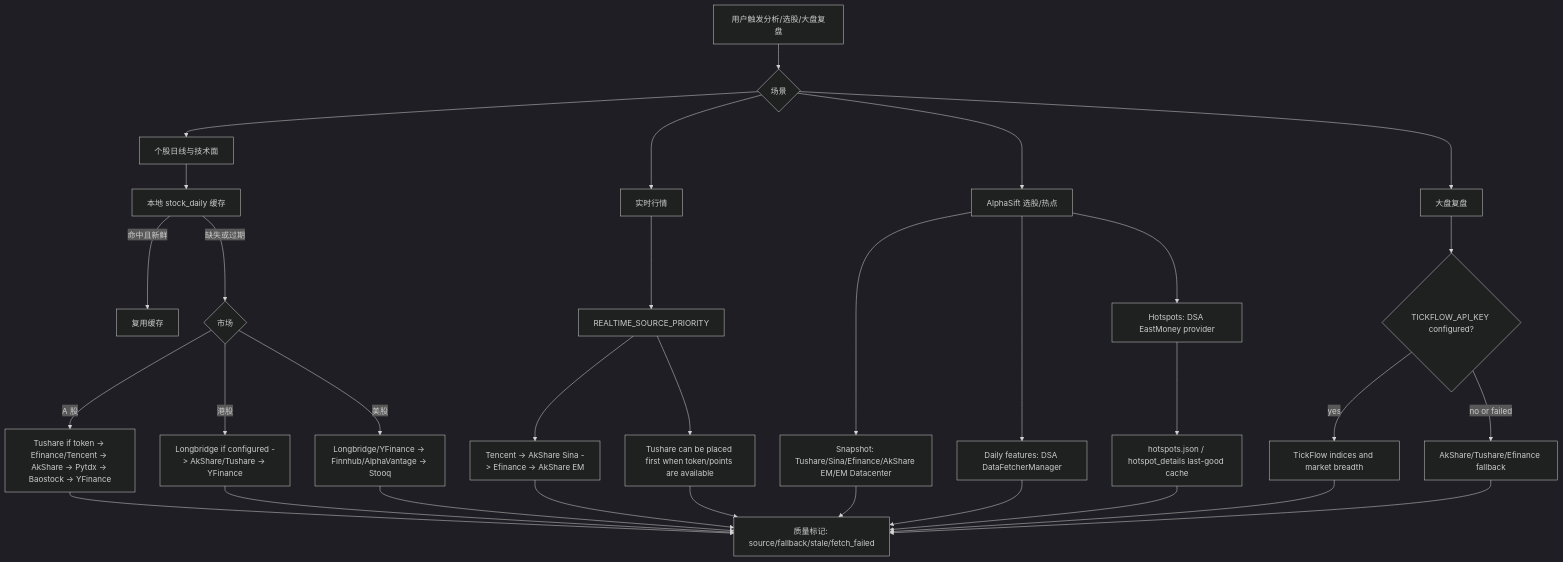
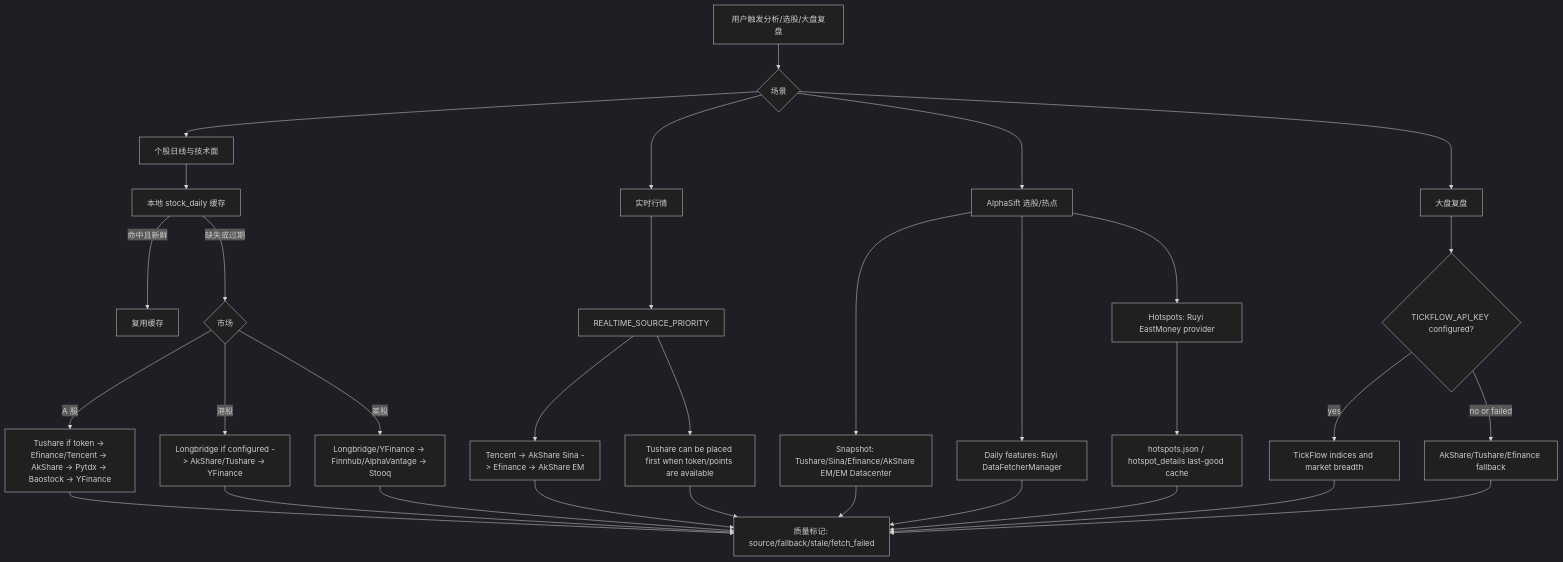
One commit to ZhangMengmeng-702/RuyiDailySelectAnalysis changed the first of 3 diagrams in docs/data-source-stability.md. Above: the diagram before and after it, drawn with Mermaid (dark theme). The commit also changed other lines of this file and 140 other files, not shown here.

````diff
--- a/docs/data-source-stability.md
+++ b/docs/data-source-stability.md
@@ -30,40 +30,40 @@
 ```mermaid
 flowchart TD
     Q[用户触发分析/选股/大盘复盘] --> S{场景}
 
     S --> D[个股日线与技术面]
     S --> R[实时行情]
     S --> A[AlphaSift 选股/热点]
     S --> M[大盘复盘]
 
     D --> C[本地 stock_daily 缓存]
     C -->|命中且新鲜| COK[复用缓存]
     C -->|缺失或过期| DM{市场}
     DM -->|A 股| CN[Tushare if token -> Efinance/Tencent -> AkShare -> Pytdx -> Baostock -> YFinance]
     DM -->|港股| HK[Longbridge if configured -> AkShare/Tushare -> YFinance]
     DM -->|美股| US[Longbridge/YFinance -> Finnhub/AlphaVantage -> Stooq]
 
     R --> RP[REALTIME_SOURCE_PRIORITY]
     RP --> RS[Tencent -> AkShare Sina -> Efinance -> AkShare EM]
     RP --> RT[Tushare can be placed first when token/points are available]
 
     A --> AS[Snapshot: Tushare/Sina/Efinance/AkShare EM/EM Datacenter]
-    A --> AD[Daily features: DSA DataFetcherManager]
-    A --> AH[Hotspots: DSA EastMoney provider]
+    A --> AD[Daily features: Ruyi DataFetcherManager]
+    A --> AH[Hotspots: Ruyi EastMoney provider]
     AH --> AC[hotspots.json / hotspot_details last-good cache]
 
     M --> TF{TICKFLOW_API_KEY configured?}
     TF -->|yes| TFM[TickFlow indices and market breadth]
     TF -->|no or failed| MF[AkShare/Tushare/Efinance fallback]
 
     CN --> QL[质量标记: source/fallback/stale/fetch_failed]
     HK --> QL
     US --> QL
     RS --> QL
     RT --> QL
     AS --> QL
     AD --> QL
     AC --> QL
     TFM --> QL
     MF --> QL
 ```
````
